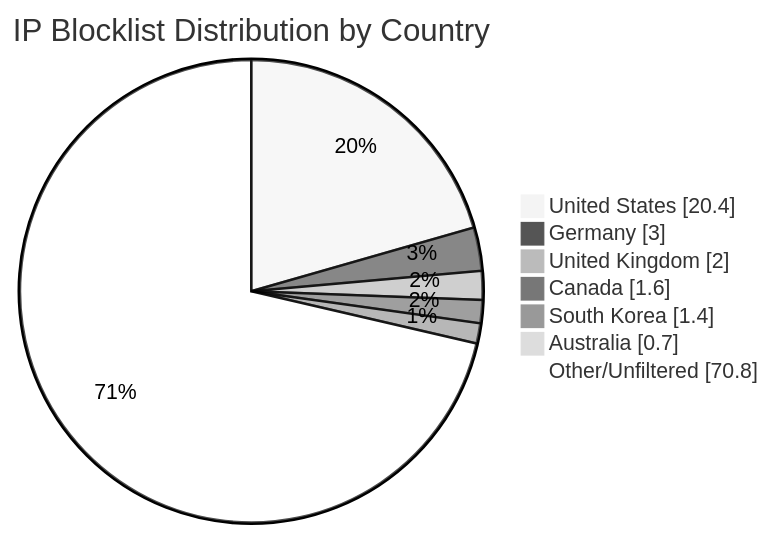
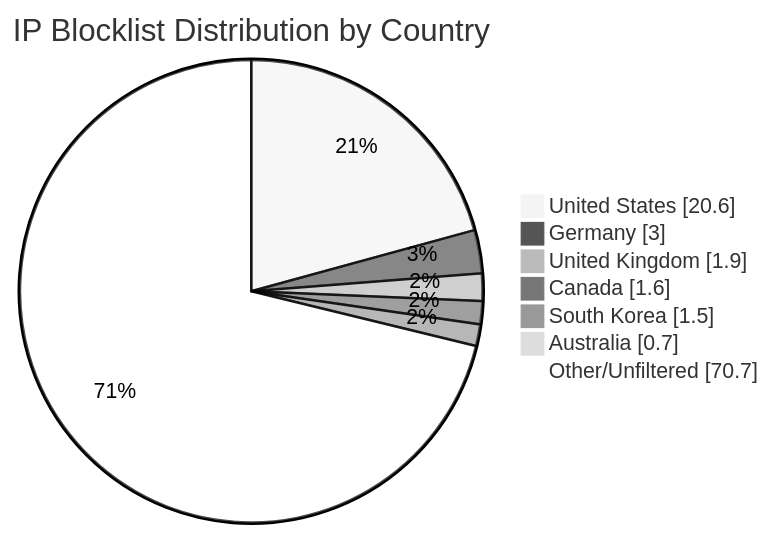
The diagram in README.md (MarcusHoltz/ipblocklist-geofiltered-aggregator), drawn with Mermaid (neutral theme) before and after one commit. The commit also changed other lines of this file and 9 other files, not shown here.

````diff
--- a/README.md
+++ b/README.md
@@ -34,10 +34,10 @@
 ```mermaid
 pie showData title IP Blocklist Distribution by Country
-"United States" : 20.4
+"United States" : 20.6
 "Germany" : 3.0
-"United Kingdom" : 2.0
+"United Kingdom" : 1.9
 "Canada" : 1.6
-"South Korea" : 1.4
+"South Korea" : 1.5
 "Australia" : 0.7
-"Other/Unfiltered" : 70.8
+"Other/Unfiltered" : 70.7
 ```
````
